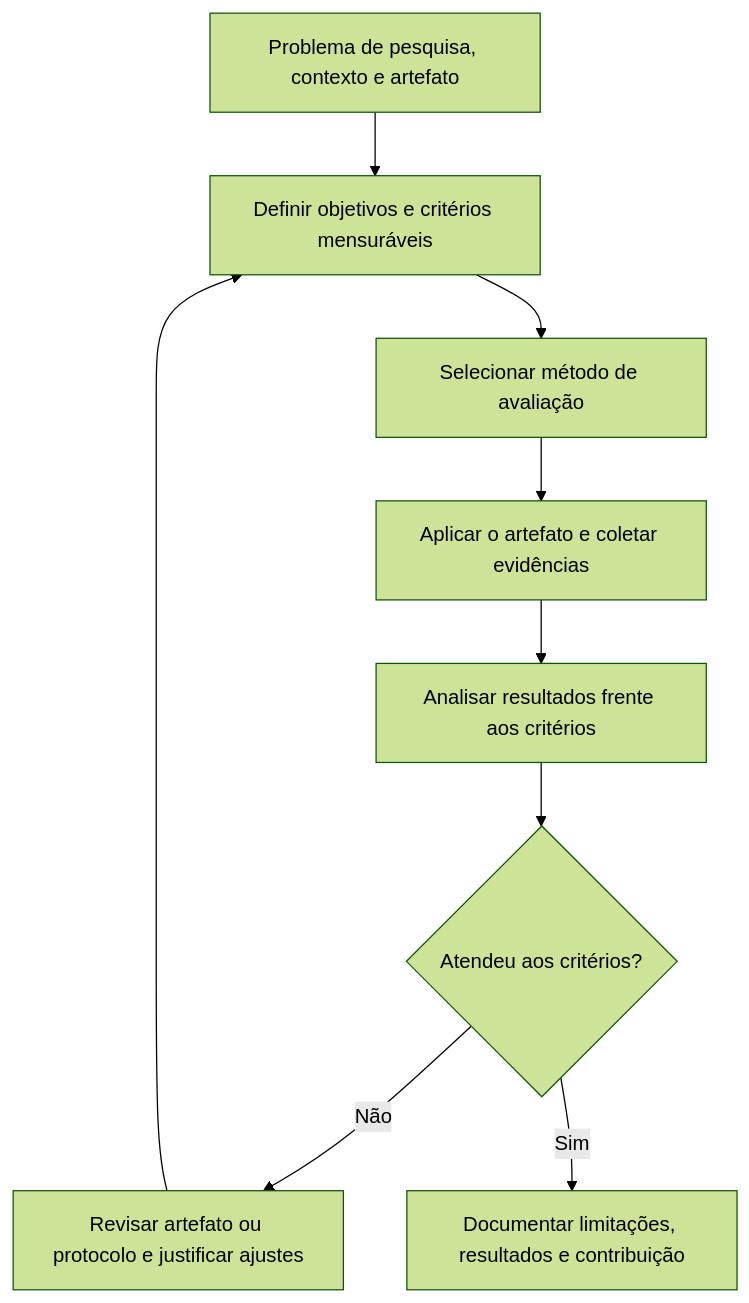
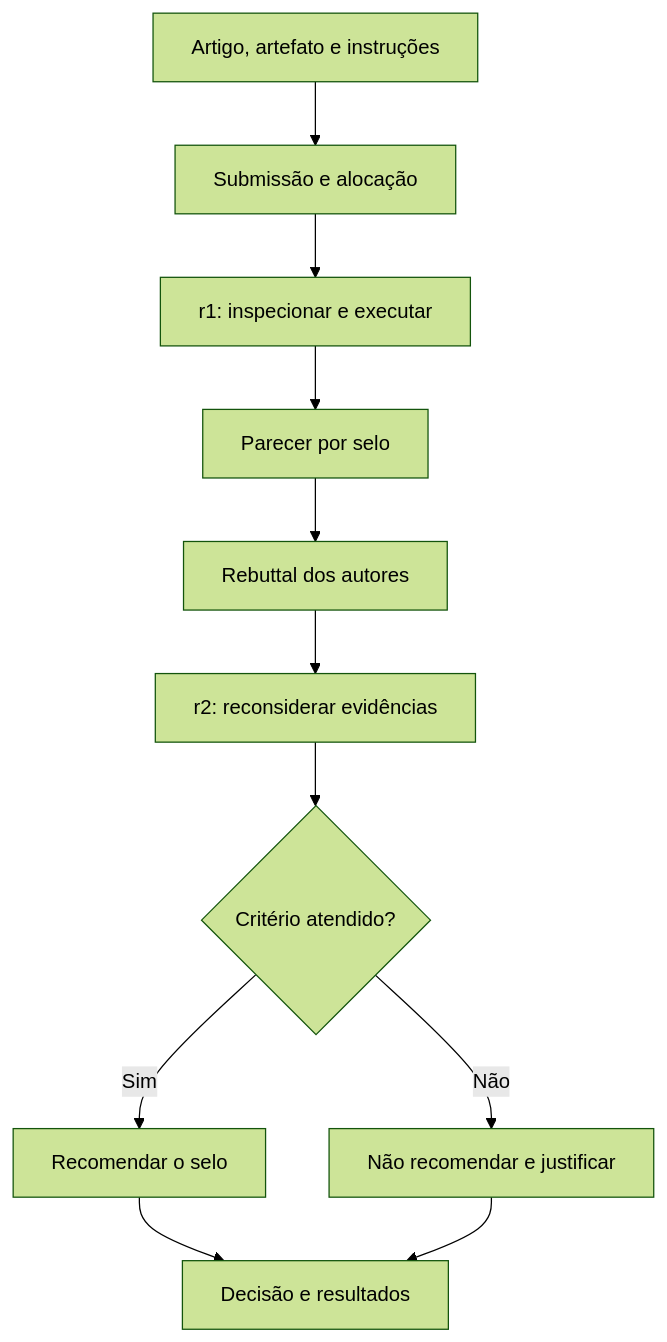
The first of 3 diagrams in README.md (fernandomarquesaluno-svg/tarefa-6-avaliacao-de-artefatos), drawn with Mermaid (forest theme) before and after one commit. The commit also changed other lines of this file, not shown here.

Commit message:
Alinha Tarefa 6 a três processos de avaliação de artefatos com fluxogramas e fontes

````diff
--- a/README.md
+++ b/README.md
@@ -25,11 +15,13 @@
 ```mermaid
 flowchart TD
-    A[Problema de pesquisa, contexto e artefato] --> B[Definir objetivos e critérios mensuráveis]
-    B --> C[Selecionar método de avaliação]
-    C --> D[Aplicar o artefato e coletar evidências]
-    D --> E[Analisar resultados frente aos critérios]
-    E --> F{Atendeu aos critérios?}
-    F -- Não --> G[Revisar artefato ou protocolo e justificar ajustes]
-    G --> B
-    F -- Sim --> H[Documentar limitações, resultados e contribuição]
+ A["Artigo, artefato e instruções"] --> B["Submissão e alocação"]
+ B --> C["r1: inspecionar e executar"]
+ C --> D["Parecer por selo"]
+ D --> E["Rebuttal dos autores"]
+ E --> F["r2: reconsiderar evidências"]
+ F --> G{"Critério atendido?"}
+ G -- Sim --> H["Recomendar o selo"]
+ G -- Não --> I["Não recomendar e justificar"]
+ H --> J["Decisão e resultados"]
+ I --> J
 ```
````
